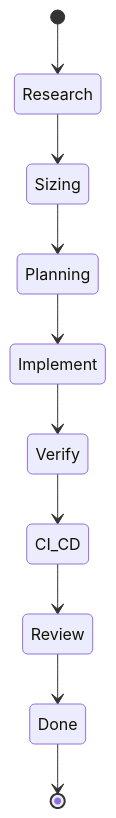
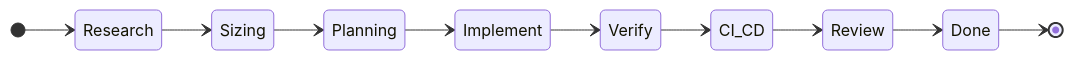
Before and after one commit to binaryphile/sofdevsim-2026: the second of 9 diagrams in docs/design.md, drawn with Mermaid. The commit also changed other lines of this file, not shown here.

````diff
--- a/docs/design.md
+++ b/docs/design.md
@@ -113,12 +167,13 @@
 ```mermaid
 stateDiagram-v2
+    direction LR
     [*] --> Research
     Research --> Sizing
     Sizing --> Planning
     Planning --> Implement
     Implement --> Verify
     Verify --> CI_CD
     CI_CD --> Review
     Review --> Done
     Done --> [*]
 ```
````
